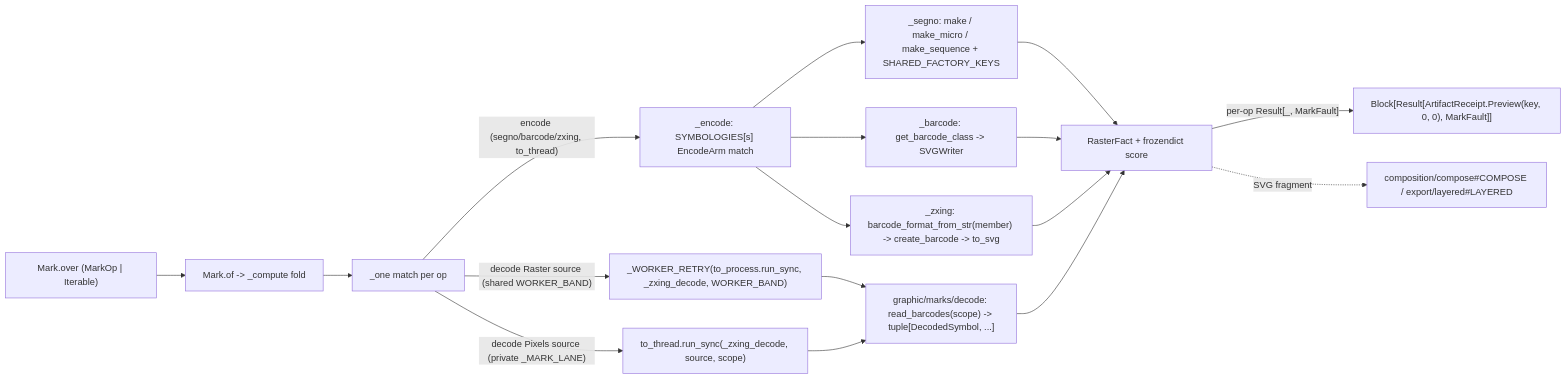
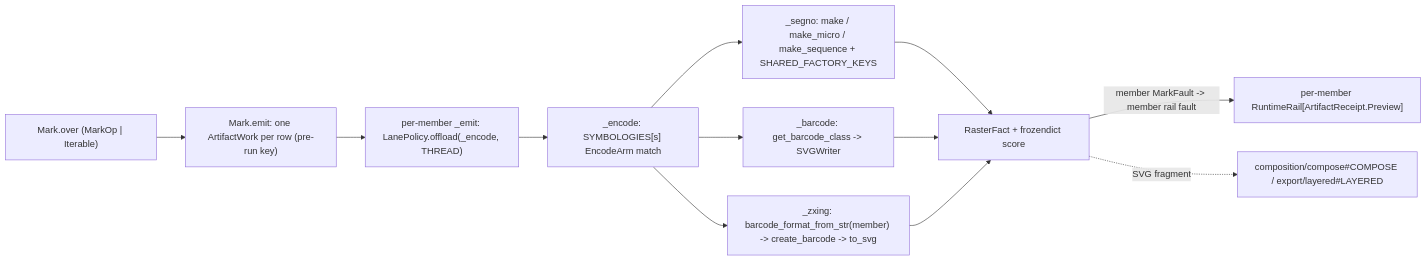
The diagram in libs/python/artifacts/.planning/graphic/marks/encode.md (bsamiee/Rasm), drawn with Mermaid before and after one commit. The commit also changed other lines of this file and 181 other files, not shown here.

````diff
--- a/libs/python/artifacts/.planning/graphic/marks/encode.md
+++ b/libs/python/artifacts/.planning/graphic/marks/encode.md
@@ -572,19 +414,14 @@
 ```mermaid
 flowchart LR
-    Over["Mark.over (MarkOp | Iterable)"] --> Of["Mark.of -> _compute fold"]
-    Of --> One["_one match per op"]
-    One -->|"encode (segno/barcode/zxing, to_thread)"| Enc["_encode: SYMBOLOGIES[s] EncodeArm match"]
-    One -->|"decode Raster source (shared WORKER_BAND)"| Worker["_WORKER_RETRY(to_process.run_sync, _zxing_decode, WORKER_BAND)"]
-    One -->|"decode Pixels source (private _MARK_LANE)"| Direct["to_thread.run_sync(_zxing_decode, source, scope)"]
+    Over["Mark.over (MarkOp | Iterable)"] --> Of["Mark.emit: one ArtifactWork per row (pre-run key)"]
+    Of --> One["per-member _emit: LanePolicy.offload(_encode, THREAD)"]
+    One --> Enc["_encode: SYMBOLOGIES[s] EncodeArm match"]
     Enc --> Qr["_segno: make / make_micro / make_sequence + SHARED_FACTORY_KEYS"]
     Enc --> Bar["_barcode: get_barcode_class -> SVGWriter"]
     Enc --> Zx["_zxing: barcode_format_from_str(member) -> create_barcode -> to_svg"]
-    Worker --> Dec["graphic/marks/decode: read_barcodes(scope) -> tuple[DecodedSymbol, ...]"]
-    Direct --> Dec
     Qr --> Fact["RasterFact + frozendict score"]
     Bar --> Fact
     Zx --> Fact
-    Dec --> Fact
-    Fact -->|"per-op Result[_, MarkFault]"| Receipt["Block[Result[ArtifactReceipt.Preview(key, 0, 0), MarkFault]]"]
+    Fact -->|"member MarkFault -> member rail fault"| Receipt["per-member RuntimeRail[ArtifactReceipt.Preview]"]
     Fact -.->|"SVG fragment"| Compose["composition/compose#COMPOSE / export/layered#LAYERED"]
 ```
````
